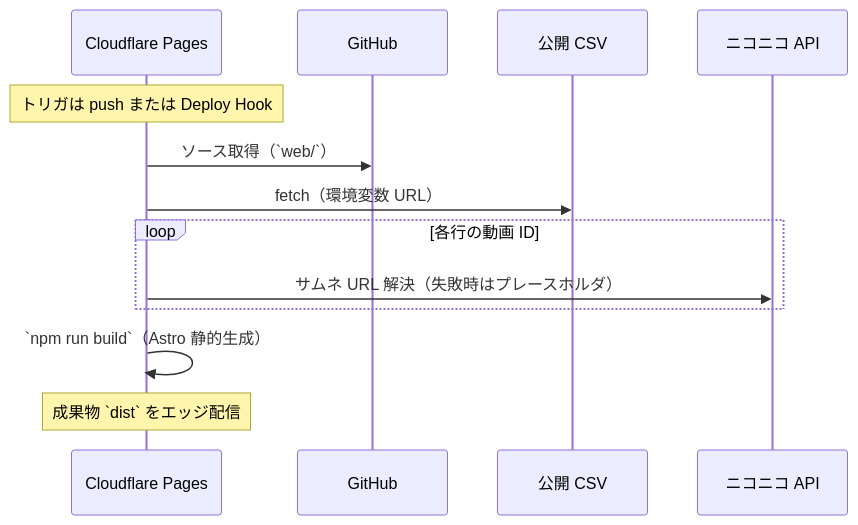
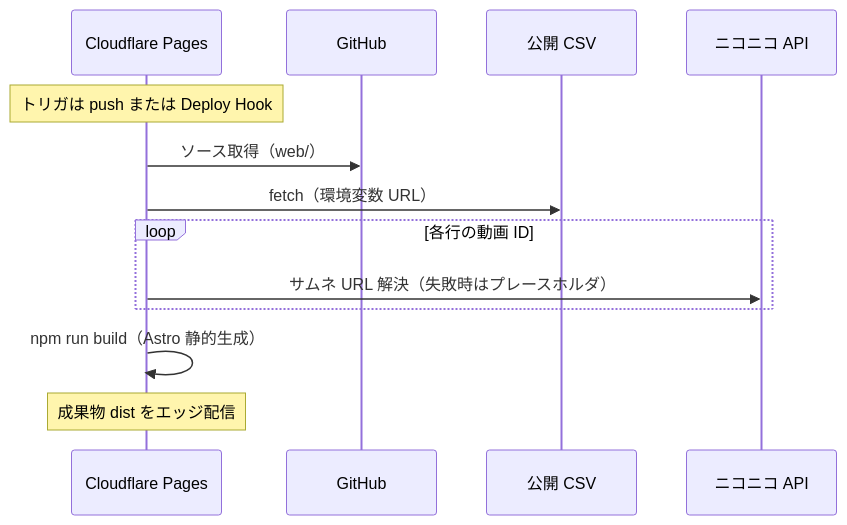
Before and after one commit to shimayu22/niconico-event-schedule: the second of 3 diagrams in doc/サイト構成図.md, drawn with Mermaid. The commit also changed other lines of this file, not shown here.

````diff
--- a/doc/サイト構成図.md
+++ b/doc/サイト構成図.md
@@ -70,15 +72,15 @@
 ```mermaid
 sequenceDiagram
   participant Pages as Cloudflare Pages
   participant Git as GitHub
   participant CSV as 公開 CSV
   participant Nico as ニコニコ API
   Note over Pages: トリガは push または Deploy Hook
-  Pages->>Git: ソース取得（`web/`）
+  Pages->>Git: ソース取得（web/）
   Pages->>CSV: fetch（環境変数 URL）
   loop 各行の動画 ID
     Pages->>Nico: サムネ URL 解決（失敗時はプレースホルダ）
   end
-  Pages->>Pages: `npm run build`（Astro 静的生成）
-  Note over Pages: 成果物 `dist` をエッジ配信
+  Pages->>Pages: npm run build（Astro 静的生成）
+  Note over Pages: 成果物 dist をエッジ配信
 ```
````
